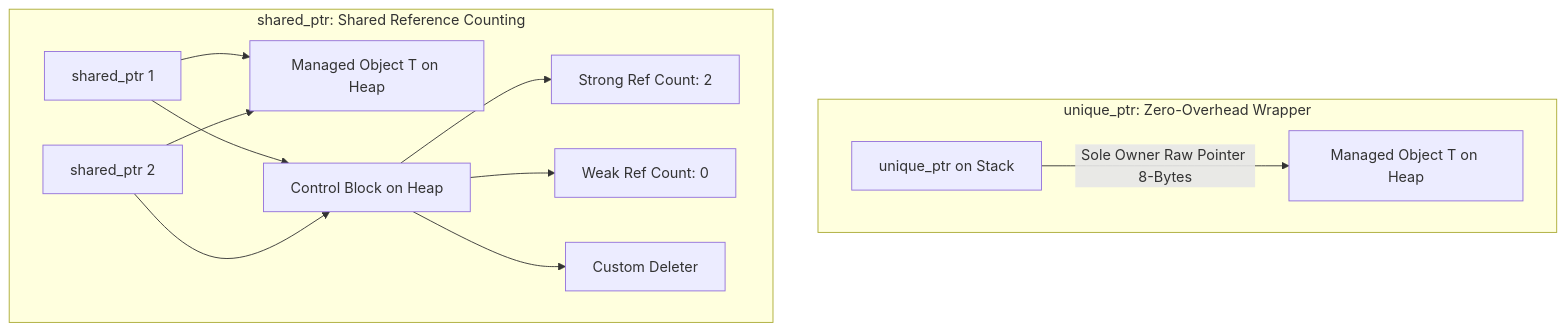
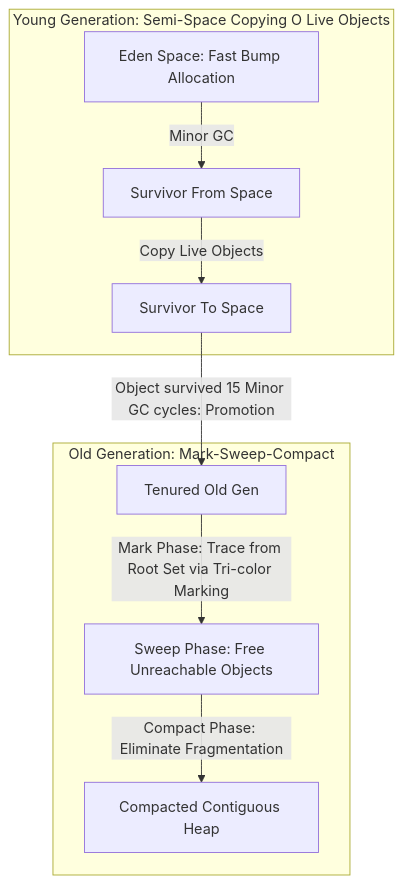
The diagram in curriculum/06-cs-core-dsa-compiler/090-ragam-mesin-eksekusi-bahasa.md (Rizki2204/ultimate-learning-paths), drawn with Mermaid before and after one commit. The commit also changed other lines of this file and 533 other files, not shown here.

````diff
--- a/curriculum/06-cs-core-dsa-compiler/090-ragam-mesin-eksekusi-bahasa.md
+++ b/curriculum/06-cs-core-dsa-compiler/090-ragam-mesin-eksekusi-bahasa.md
@@ -34,15 +37,12 @@
 ```mermaid
 graph TD
-subgraph unique_ptr: Zero-Overhead Wrapper
-A[unique_ptr<T> on Stack] -->|Sole Owner Raw Pointer 8-Bytes| B[Managed Object T on Heap]
+subgraph Young Generation: Semi-Space Copying O Live Objects
+A[Eden Space: Fast Bump Allocation] -->|Minor GC| B[Survivor From Space]
+B -->|Copy Live Objects| C[Survivor To Space]
 end
-subgraph shared_ptr: Shared Reference Counting
-C[shared_ptr 1] --> D[Managed Object T on Heap]
-E[shared_ptr 2] --> D
-C --> F[Control Block on Heap]
-E --> F
-F --> G[Strong Ref Count: 2]
-F --> H[Weak Ref Count: 0]
-F --> I[Custom Deleter]
+subgraph Old Generation: Mark-Sweep-Compact
+C -->|Object survived 15 Minor GC cycles: Promotion| D[Tenured Old Gen]
+D -->|Mark Phase: Trace from Root Set via Tri-color Marking| E[Sweep Phase: Free Unreachable Objects]
+E -->|Compact Phase: Eliminate Fragmentation| F[Compacted Contiguous Heap]
 end
 ```
````
